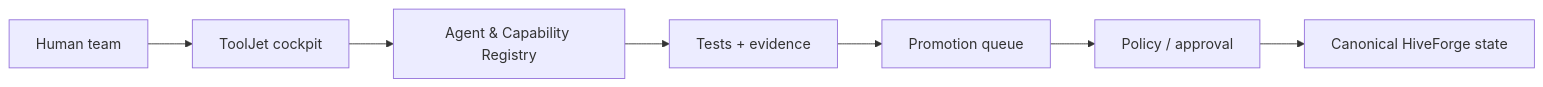
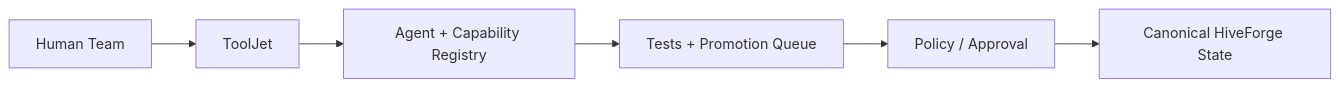
Before and after one commit to Bigper4mer/UnparalleledSource: the fifth of 5 diagrams in README.md, drawn with Mermaid. The commit also changed other lines of this file, not shown here.

````diff
--- a/README.md
+++ b/README.md
@@ -394,9 +383,8 @@
 ```mermaid
 flowchart LR
-    H[Human team] --> T[ToolJet cockpit]
-    T --> R[Agent & Capability Registry]
-    R --> E[Tests + evidence]
-    E --> Q[Promotion queue]
-    Q --> A[Policy / approval]
-    A --> C[Canonical HiveForge state]
+    H[Human Team] --> T[ToolJet]
+    T --> R[Agent + Capability Registry]
+    R --> Q[Tests + Promotion Queue]
+    Q --> A[Policy / Approval]
+    A --> C[Canonical HiveForge State]
 ```
````
